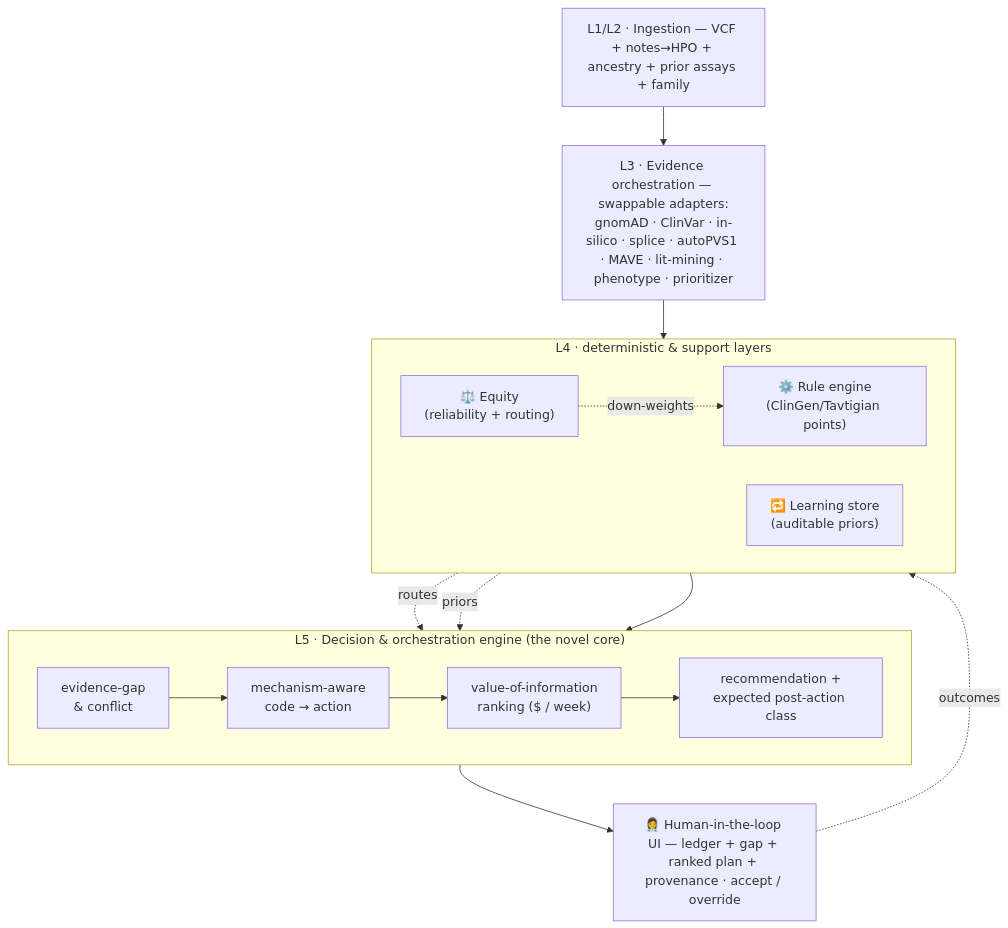
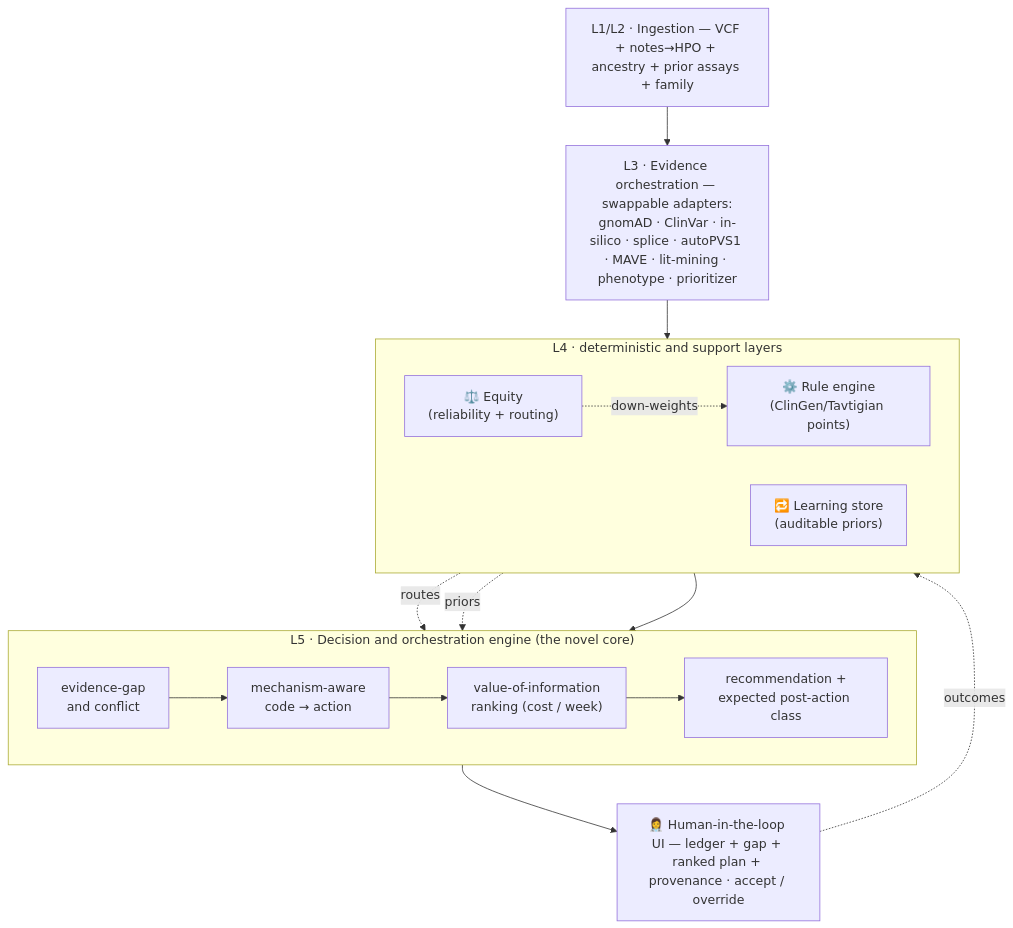
Before and after one commit to ahmedanees-m/omnivar-navigator: the first of 2 diagrams in README.md, drawn with Mermaid.

Commit message:
README: simplify Mermaid labels (drop &amp; entities for reliable rendering)

````diff
--- a/README.md
+++ b/README.md
@@ -58,20 +58,20 @@
 ```mermaid
 flowchart TB
     REV["👩‍⚕️ Human-in-the-loop UI — ledger + gap + ranked plan + provenance · accept / override"]
-    subgraph L5["L5 · Decision &amp; orchestration engine (the novel core)"]
+    subgraph L5["L5 · Decision and orchestration engine (the novel core)"]
         direction LR
-        GAP["evidence-gap<br/>&amp; conflict"] --> MAP["mechanism-aware<br/>code → action"] --> VOI["value-of-information<br/>ranking ($ / week)"] --> REC["recommendation +<br/>expected post-action class"]
+        GAP["evidence-gap<br/>and conflict"] --> MAP["mechanism-aware<br/>code → action"] --> VOI["value-of-information<br/>ranking (cost / week)"] --> REC["recommendation +<br/>expected post-action class"]
     end
-    subgraph L4["L4 · deterministic &amp; support layers"]
+    subgraph L4["L4 · deterministic and support layers"]
         direction LR
         RULE["⚙️ Rule engine<br/>(ClinGen/Tavtigian points)"]
         EQ["⚖️ Equity<br/>(reliability + routing)"]
         LEARN["🔁 Learning store<br/>(auditable priors)"]
     end
     ADP["L3 · Evidence orchestration — swappable adapters:<br/>gnomAD · ClinVar · in-silico · splice · autoPVS1 · MAVE · lit-mining · phenotype · prioritizer"]
     IN["L1/L2 · Ingestion — VCF + notes→HPO + ancestry + prior assays + family"]
     IN --> ADP --> RULE --> L5 --> REV
     EQ -. down-weights .-> RULE
     EQ -. routes .-> VOI
     REV -. outcomes .-> LEARN -. priors .-> VOI
 ```
````
